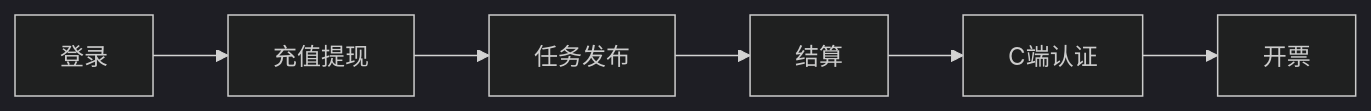
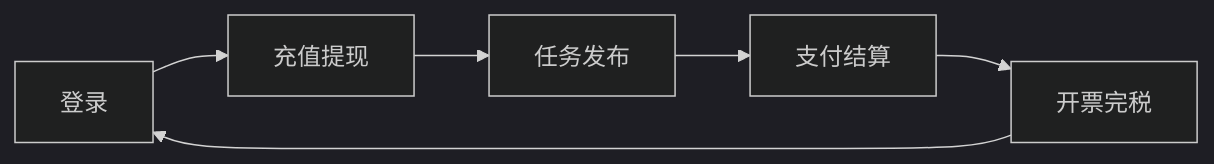
The diagram in docs/guide/README.md (HongHaiyang1990/linsyun-docs), drawn with Mermaid (dark theme) before and after one commit. The commit also changed other lines of this file and 11 other files, not shown here.

````diff
--- a/docs/guide/README.md
+++ b/docs/guide/README.md
@@ -21,9 +21,10 @@
 ```mermaid
 graph LR
-    A[登录] --> B[充值提现] --> C[任务发布] --> D[结算] --> E[C端认证] --> F[开票]
+    A[登录] --> B[充值提现] --> C[任务发布] --> D[支付结算] --> F[开票完税]
+    F --> A
     click A "/instruction/login/"
     click B "/instruction/account/"
     click C "/instruction/task/"
     click D "/instruction/settlement/"
     click F "/instruction/bill/"
 ```
````
